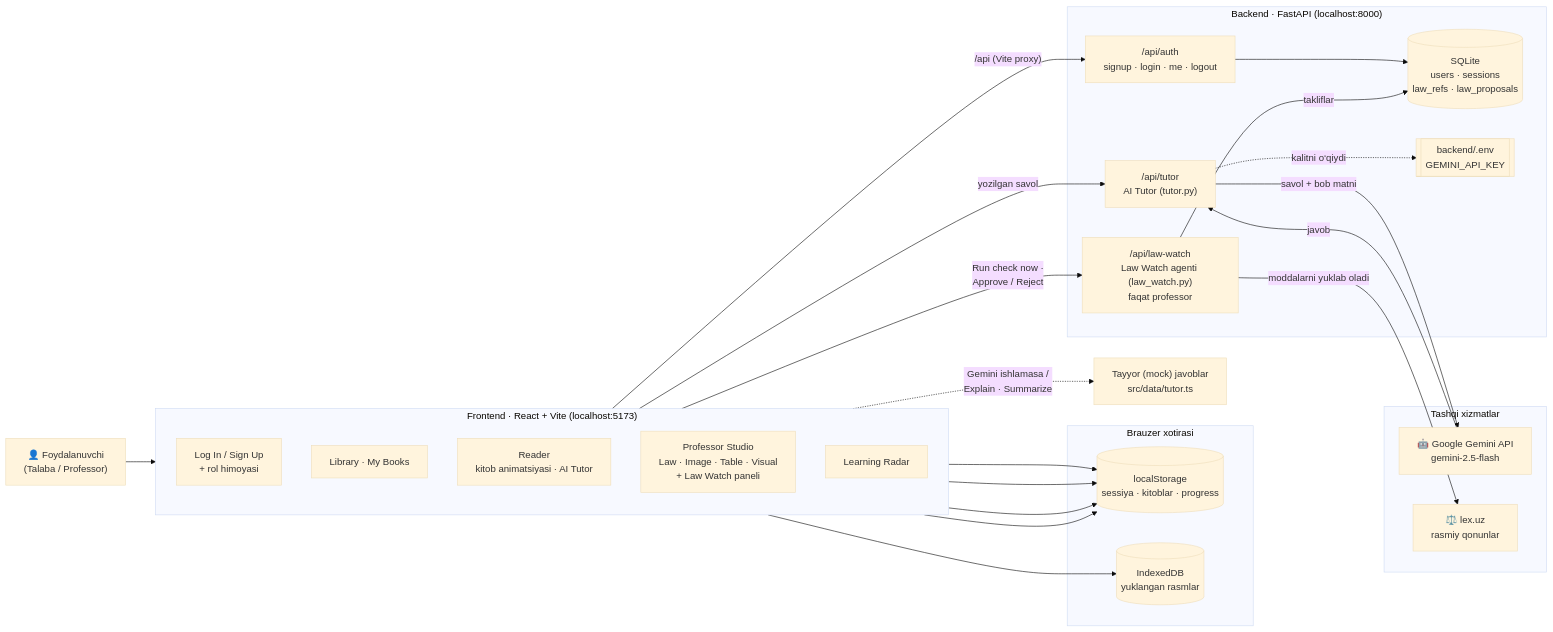
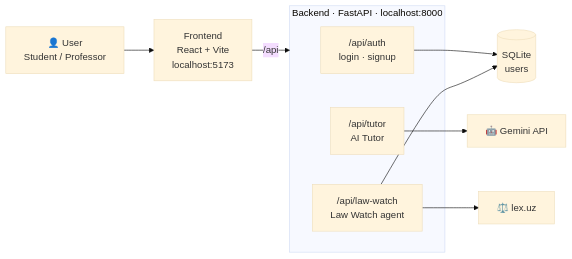
One commit to anvarmexmonov/SmartBook changed the diagram in README.md. Above: the diagram before and after it, drawn with Mermaid (base theme).

````diff
--- a/README.md
+++ b/README.md
@@ -8,51 +8,17 @@
 ```mermaid
 flowchart LR
-    U["👤 Foydalanuvchi<br/>(Talaba / Professor)"] --> FE
+    U["👤 User<br/>Student / Professor"] --> FE["Frontend<br/>React + Vite<br/>localhost:5173"]
 
-    subgraph FE["Frontend · React + Vite (localhost:5173)"]
-        direction TB
-        AUTH["Log In / Sign Up<br/>+ rol himoyasi"]
-        LIB["Library · My Books"]
-        READ["Reader<br/>kitob animatsiyasi · AI Tutor"]
-        STU["Professor Studio<br/>Law · Image · Table · Visual<br/>+ Law Watch paneli"]
-        RAD["Learning Radar"]
+    FE -- "/api" --> BE
+
+    subgraph BE["Backend · FastAPI · localhost:8000"]
+        AUTH["/api/auth<br/>login · signup"]
+        TUTOR["/api/tutor<br/>AI Tutor"]
+        LAW["/api/law-watch<br/>Law Watch agent"]
     end
 
-    subgraph BR["Brauzer xotirasi"]
-        LS[("localStorage<br/>sessiya · kitoblar · progress")]
-        IDB[("IndexedDB<br/>yuklangan rasmlar")]
-    end
-
-    subgraph BE["Backend · FastAPI (localhost:8000)"]
-        API["/api/auth<br/>signup · login · me · logout"]
-        TUT["/api/tutor<br/>AI Tutor (tutor.py)"]
-        LW["/api/law-watch<br/>Law Watch agenti (law_watch.py)<br/>faqat professor"]
-        DB[("SQLite<br/>users · sessions<br/>law_refs · law_proposals")]
-        ENV[["backend/.env<br/>GEMINI_API_KEY"]]
-    end
-
-    subgraph EXT["Tashqi xizmatlar"]
-        GEM["🤖 Google Gemini API<br/>gemini-2.5-flash"]
-        LEX["⚖️ lex.uz<br/>rasmiy qonunlar"]
-    end
-
-    MOCK["Tayyor (mock) javoblar<br/>src/data/tutor.ts"]
-
-    AUTH -- "/api (Vite proxy)" --> API
-    API --> DB
-    LIB --> LS
-    READ --> LS
-    STU --> LS
-    STU --> IDB
-    RAD --> LS
-
-    READ -- "yozilgan savol" --> TUT
-    TUT -. "kalitni o‘qiydi" .-> ENV
-    TUT -- "savol + bob matni" --> GEM
-    GEM -- "javob" --> TUT
-    READ -. "Gemini ishlamasa /<br/>Explain · Summarize" .-> MOCK
-
-    STU -- "Run check now ·<br/>Approve / Reject" --> LW
-    LW -- "moddalarni yuklab oladi" --> LEX
-    LW -- "takliflar" --> DB
+    AUTH --> DB[("SQLite<br/>users")]
+    LAW --> DB
+    TUTOR --> GEM["🤖 Gemini API"]
+    LAW --> LEX["⚖️ lex.uz"]
 ```
````
